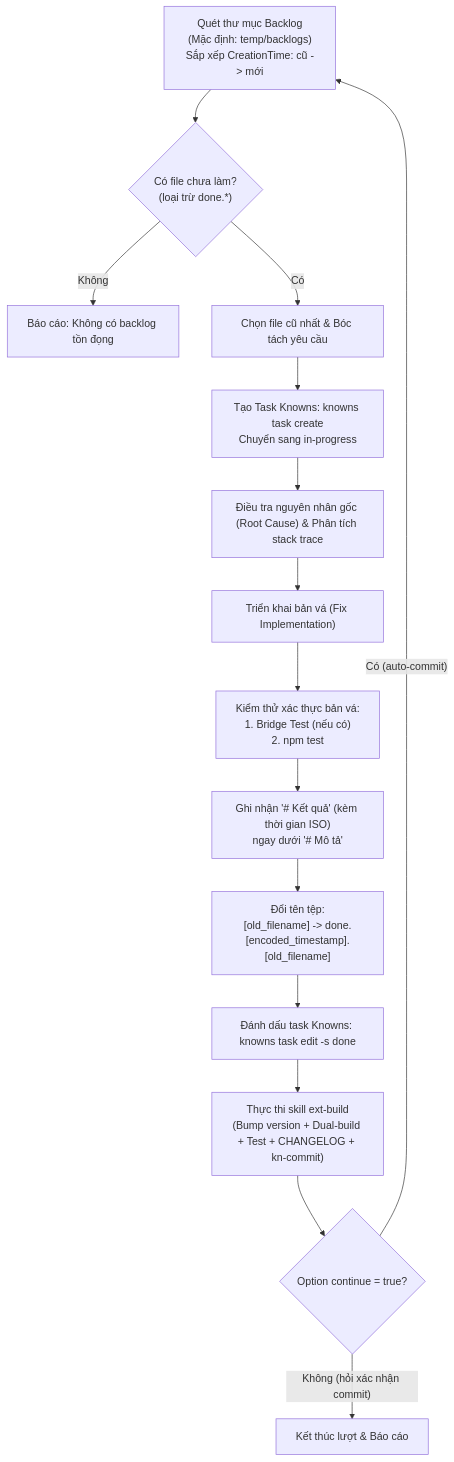
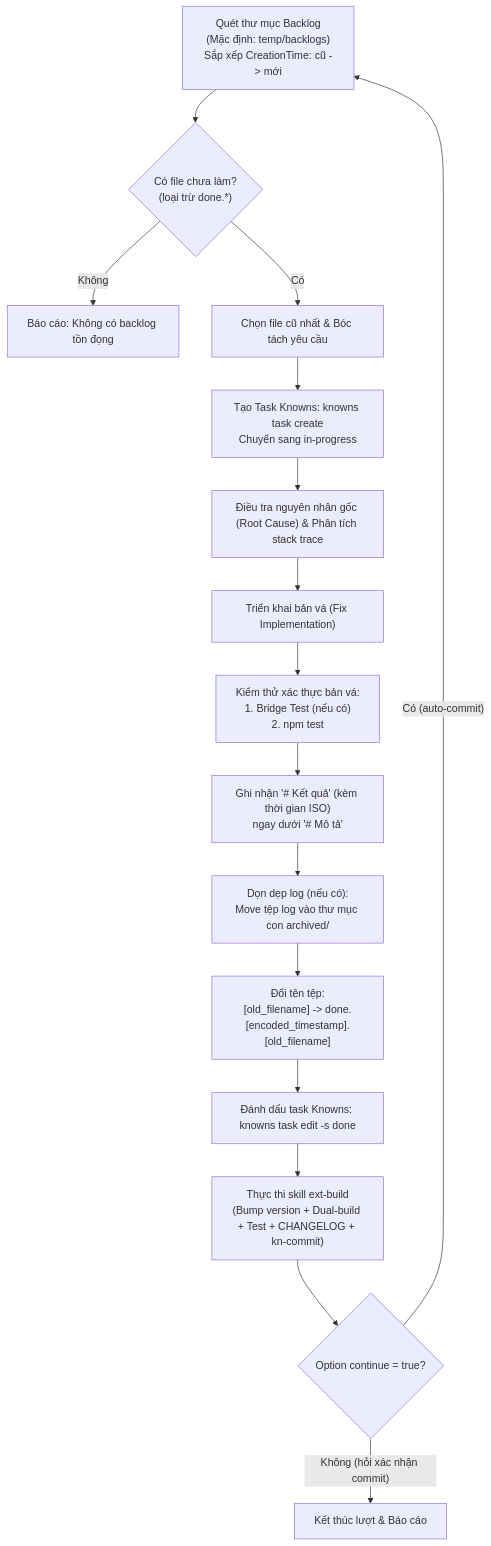
The diagram in .agents/skills/ext-backlog/SKILL.md (vplghost/VPL-HWA-Ext), drawn with Mermaid before and after one commit. The commit also changed other lines of this file and 17 other files, not shown here.

Commit message:
chore(skills): add log archival cleanup to ext-backlog and support archived/ fallback in tracking tests (v0.11.248)

````diff
--- a/.agents/skills/ext-backlog/SKILL.md
+++ b/.agents/skills/ext-backlog/SKILL.md
@@ -10,19 +10,20 @@
 ```mermaid
 flowchart TD
     A["Quét thư mục Backlog<br/>(Mặc định: temp/backlogs)<br/>Sắp xếp CreationTime: cũ -> mới"] --> B{"Có file chưa làm?<br/>(loại trừ done.*)"}
     B -- "Không" --> C["Báo cáo: Không có backlog tồn đọng"]
     B -- "Có" --> D["Chọn file cũ nhất & Bóc tách yêu cầu"]
     
     D --> E["Tạo Task Knowns: knowns task create<br/>Chuyển sang in-progress"]
     E --> F["Điều tra nguyên nhân gốc (Root Cause) & Phân tích stack trace"]
     F --> G["Triển khai bản vá (Fix Implementation)"]
     G --> H["Kiểm thử xác thực bản vá:<br/>1. Bridge Test (nếu có)<br/>2. npm test"]
     
     H --> I["Ghi nhận '# Kết quả' (kèm thời gian ISO)<br/>ngay dưới '# Mô tả'"]
-    I --> J["Đổi tên tệp:<br/>[old_filename] -> done.[encoded_timestamp].[old_filename]"]
+    I --> I2["Dọn dẹp log (nếu có):<br/>Move tệp log vào thư mục con archived/"]
+    I2 --> J["Đổi tên tệp:<br/>[old_filename] -> done.[encoded_timestamp].[old_filename]"]
     J --> K["Đánh dấu task Knowns: knowns task edit -s done"]
     K --> L["Thực thi skill ext-build<br/>(Bump version + Dual-build + Test + CHANGELOG + kn-commit)"]
     L --> M{"Option continue = true?"}
     M -- "Có (auto-commit)" --> A
     M -- "Không (hỏi xác nhận commit)" --> N["Kết thúc lượt & Báo cáo"]
 ```
````
